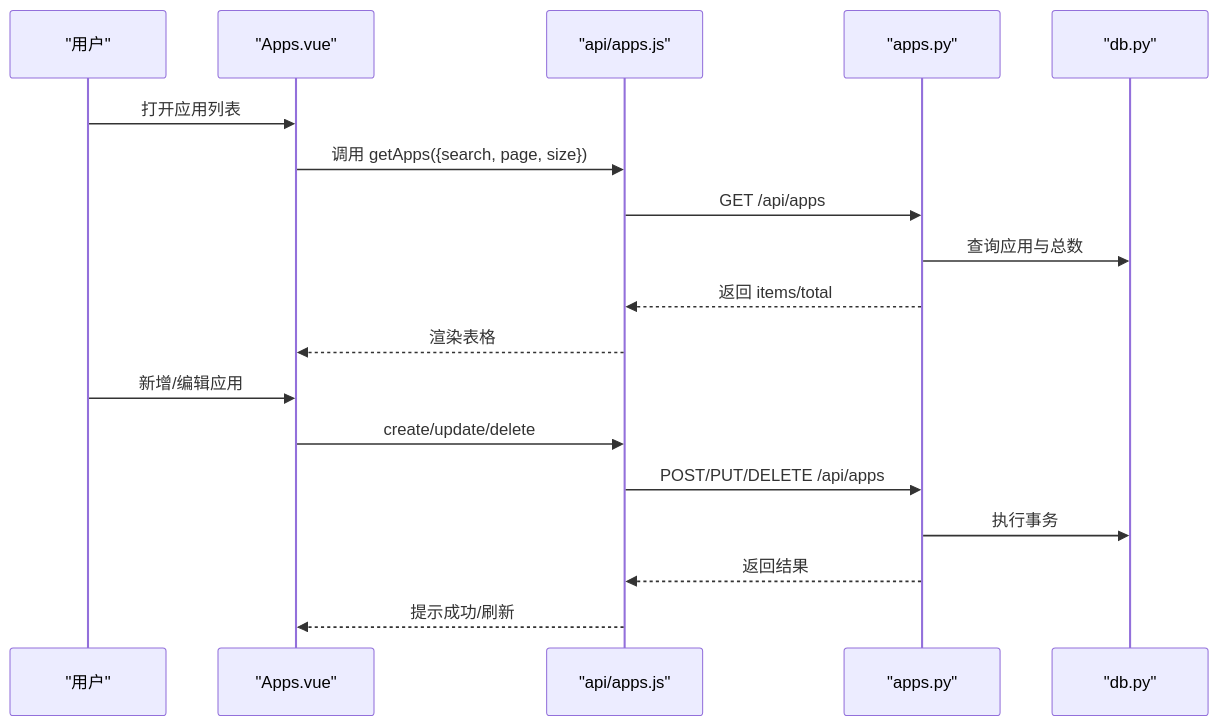
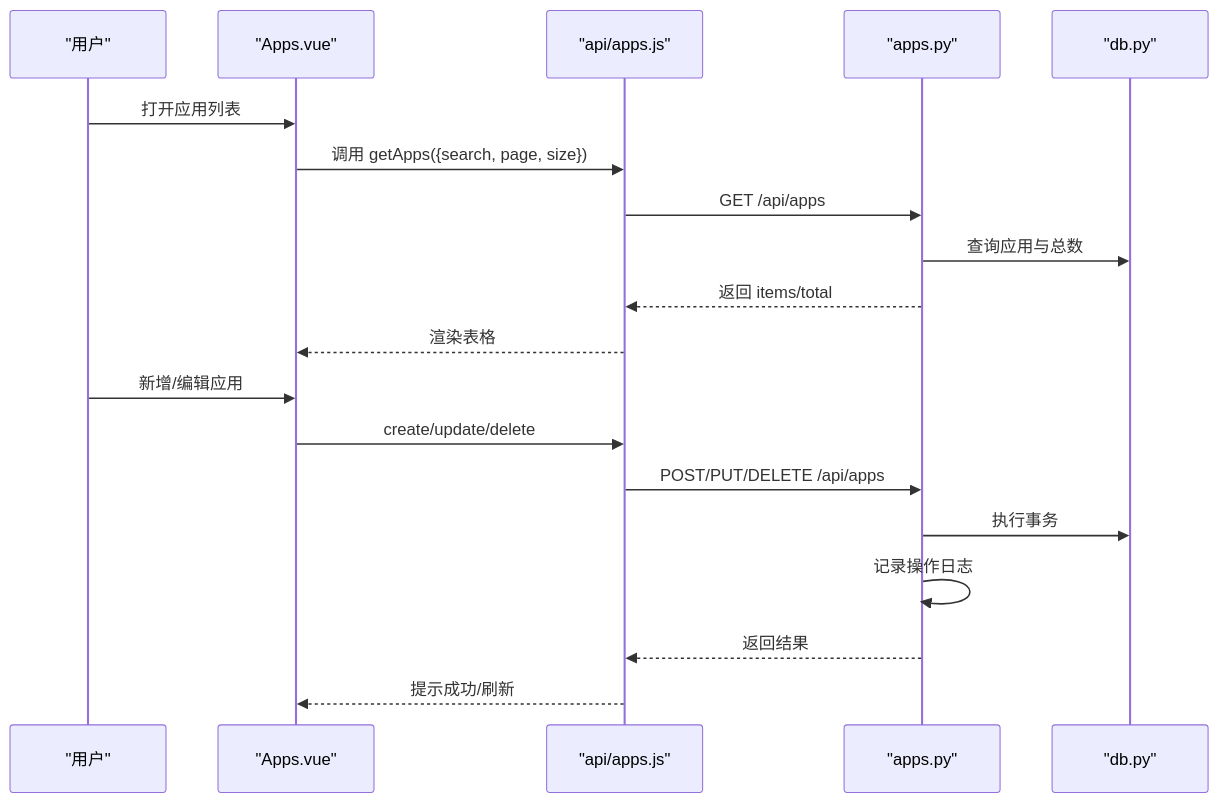
The sixth of 9 diagrams in .qoder/repowiki/zh/content/核心功能模块/核心功能模块.md (ismine3/OPS), drawn with Mermaid before and after one commit. The commit also changed other lines of this file and 39 other files, not shown here.

````diff
--- a/.qoder/repowiki/zh/content/核心功能模块/核心功能模块.md
+++ b/.qoder/repowiki/zh/content/核心功能模块/核心功能模块.md
@@ -339,20 +378,21 @@
 ```mermaid
 sequenceDiagram
 participant U as "用户"
 participant V as "Apps.vue"
 participant A as "api/apps.js"
 participant R as "apps.py"
 participant D as "db.py"
 U->>V : 打开应用列表
 V->>A : 调用 getApps({search, page, size})
 A->>R : GET /api/apps
 R->>D : 查询应用与总数
 R-->>A : 返回 items/total
 A-->>V : 渲染表格
 U->>V : 新增/编辑应用
 V->>A : create/update/delete
 A->>R : POST/PUT/DELETE /api/apps
 R->>D : 执行事务
+R->>R : 记录操作日志
 R-->>A : 返回结果
 A-->>V : 提示成功/刷新
 ```
````
